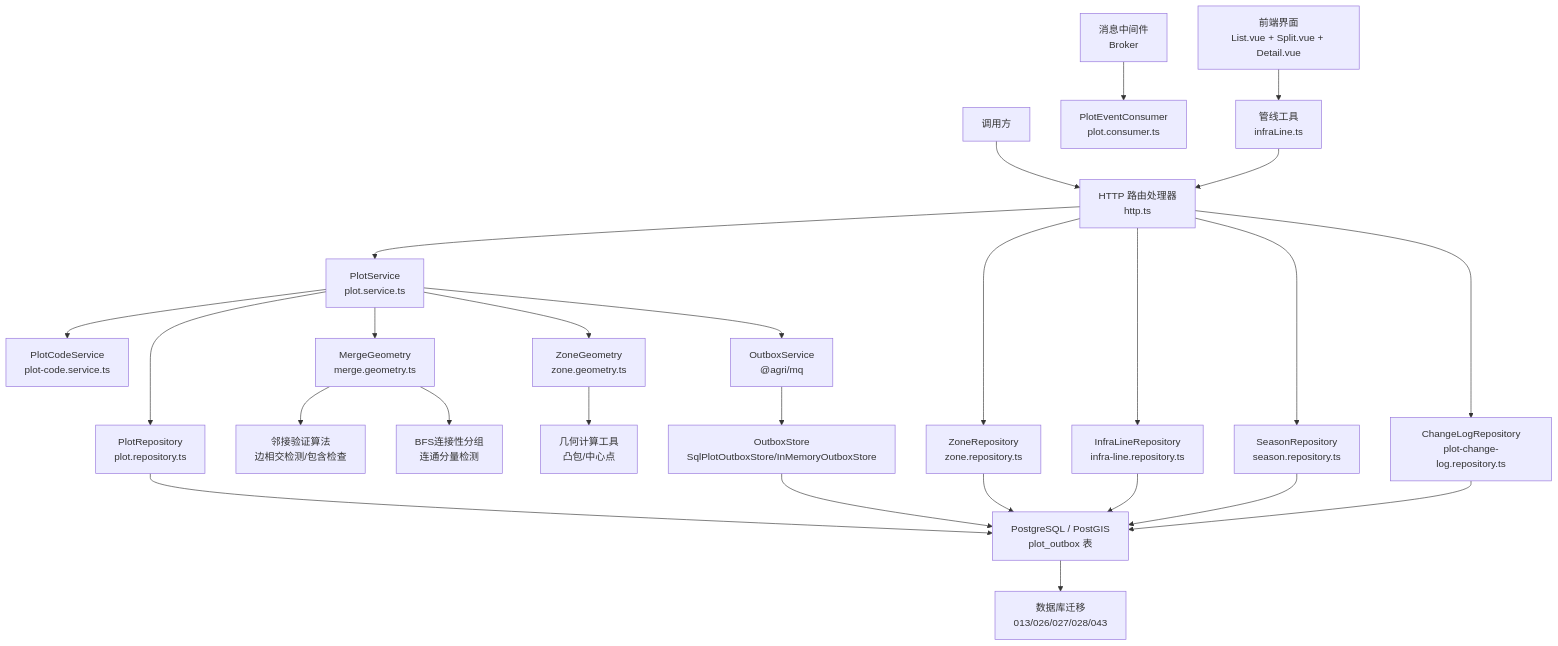
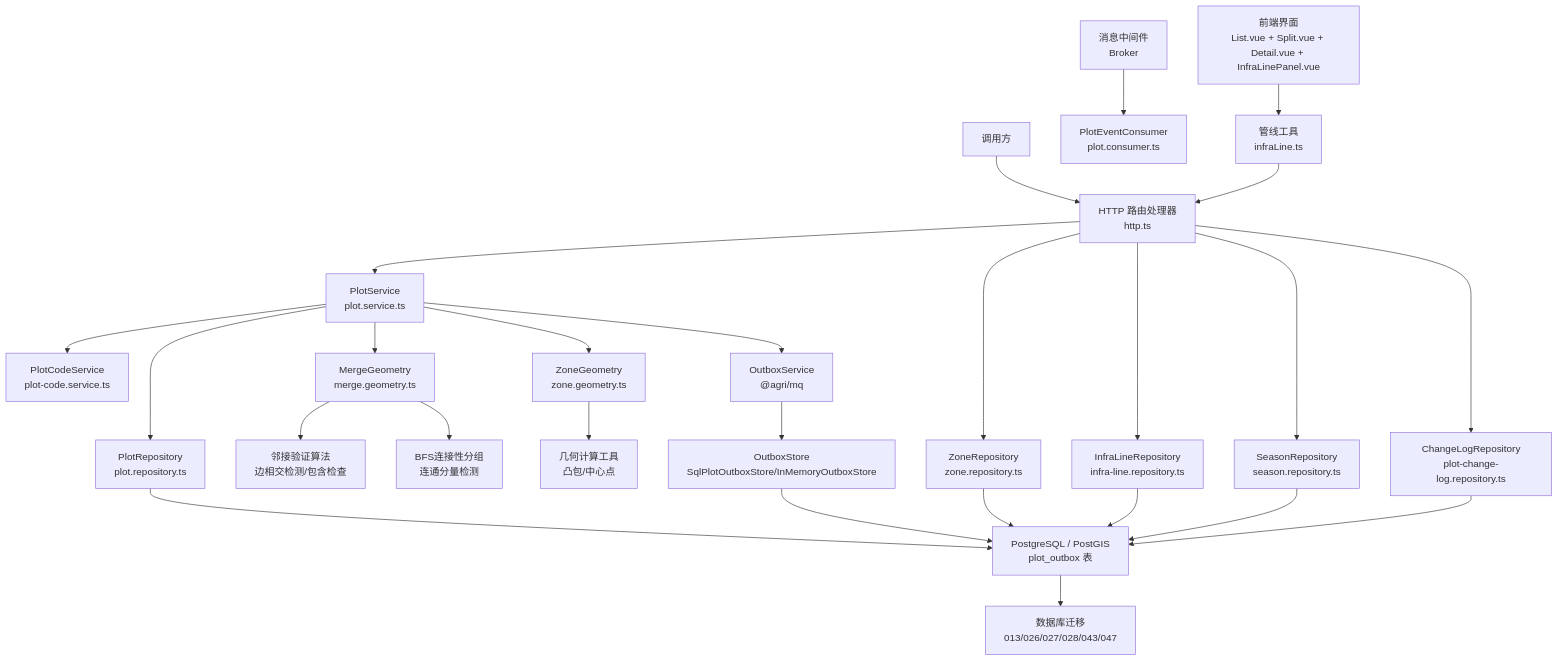
Before and after one commit to q446328246/agri-platform: the first of 17 diagrams in .qoder/repowiki/zh/content/核心服务文档/地块管理服务.md, drawn with Mermaid. The commit also changed other lines of this file and 15 other files, not shown here.

````diff
--- a/.qoder/repowiki/zh/content/核心服务文档/地块管理服务.md
+++ b/.qoder/repowiki/zh/content/核心服务文档/地块管理服务.md
@@ -94,28 +95,28 @@
 ```mermaid
 graph TB
 Client["调用方"] --> HTTP["HTTP 路由处理器<br/>http.ts"]
 HTTP --> Service["PlotService<br/>plot.service.ts"]
 HTTP --> ZoneRepo["ZoneRepository<br/>zone.repository.ts"]
 HTTP --> InfraLineRepo["InfraLineRepository<br/>infra-line.repository.ts"]
 HTTP --> SeasonRepo["SeasonRepository<br/>season.repository.ts"]
 HTTP --> ChangeLogRepo["ChangeLogRepository<br/>plot-change-log.repository.ts"]
 Service --> Code["PlotCodeService<br/>plot-code.service.ts"]
 Service --> Repo["PlotRepository<br/>plot.repository.ts"]
 Service --> MergeGeom["MergeGeometry<br/>merge.geometry.ts"]
 Service --> Geometry["ZoneGeometry<br/>zone.geometry.ts"]
 Service --> Outbox["OutboxService<br/>@agri/mq"]
 MergeGeom --> Adjacency["邻接验证算法<br/>边相交检测/包含检查"]
 MergeGeom --> BFS["BFS连接性分组<br/>连通分量检测"]
 Outbox --> OutboxStore["OutboxStore<br/>SqlPlotOutboxStore/InMemoryOutboxStore"]
 OutboxStore --> DB["PostgreSQL / PostGIS<br/>plot_outbox 表"]
 MQ["消息中间件<br/>Broker"] --> Consumer["PlotEventConsumer<br/>plot.consumer.ts"]
 Repo --> DB
 ZoneRepo --> DB
 InfraLineRepo --> DB
 SeasonRepo --> DB
 ChangeLogRepo --> DB
 Geometry --> Utils["几何计算工具<br/>凸包/中心点"]
-DB --> Migration["数据库迁移<br/>013/026/027/028/043"]
-Frontend["前端界面<br/>List.vue + Split.vue + Detail.vue"] --> WebUtils["管线工具<br/>infraLine.ts"]
+DB --> Migration["数据库迁移<br/>013/026/027/028/043/047"]
+Frontend["前端界面<br/>List.vue + Split.vue + Detail.vue + InfraLinePanel.vue"] --> WebUtils["管线工具<br/>infraLine.ts"]
 WebUtils --> HTTP
 ```
````
